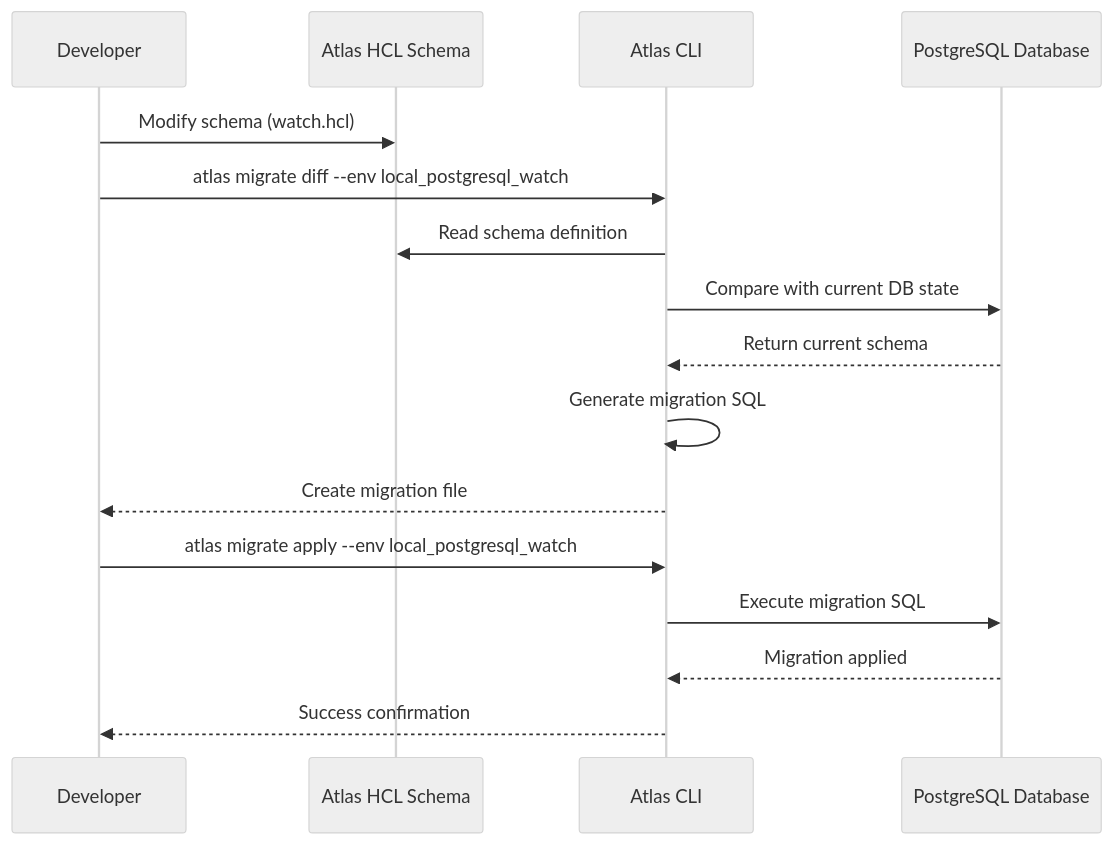
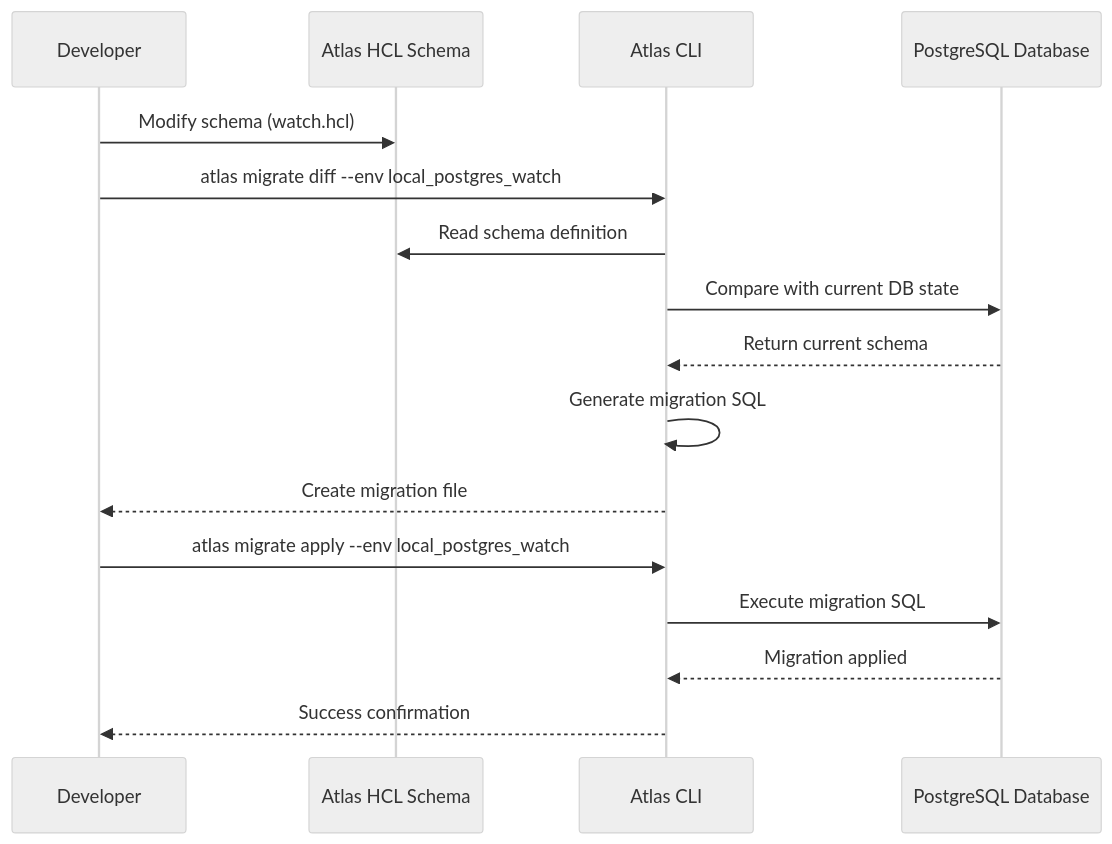
The third of 4 diagrams in .kiro/specs/postgresql-integration/design.md (hiromaily/go-crypto-wallet), drawn with Mermaid (neutral theme) before and after one commit. The commit also changed other lines of this file and 124 other files, not shown here.

First line of the commit message:
refactor: rename postgresql to postgres across project directories and configs

````diff
--- a/.kiro/specs/postgresql-integration/design.md
+++ b/.kiro/specs/postgresql-integration/design.md
@@ -199,19 +199,19 @@
 ```mermaid
 sequenceDiagram
     participant Dev as Developer
     participant HCL as Atlas HCL Schema
     participant Atlas as Atlas CLI
     participant PG as PostgreSQL Database
 
     Dev->>HCL: Modify schema (watch.hcl)
-    Dev->>Atlas: atlas migrate diff --env local_postgresql_watch
+    Dev->>Atlas: atlas migrate diff --env local_postgres_watch
     Atlas->>HCL: Read schema definition
     Atlas->>PG: Compare with current DB state
     PG-->>Atlas: Return current schema
     Atlas->>Atlas: Generate migration SQL
     Atlas-->>Dev: Create migration file
-    Dev->>Atlas: atlas migrate apply --env local_postgresql_watch
+    Dev->>Atlas: atlas migrate apply --env local_postgres_watch
     Atlas->>PG: Execute migration SQL
     PG-->>Atlas: Migration applied
     Atlas-->>Dev: Success confirmation
 ```
````
